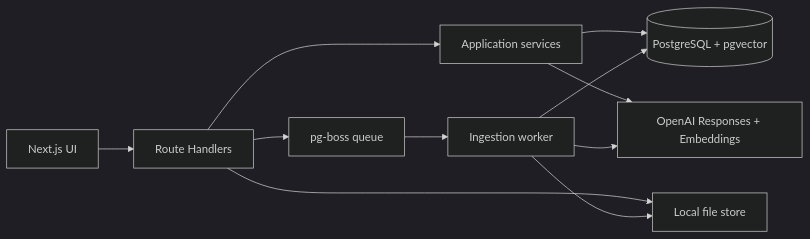
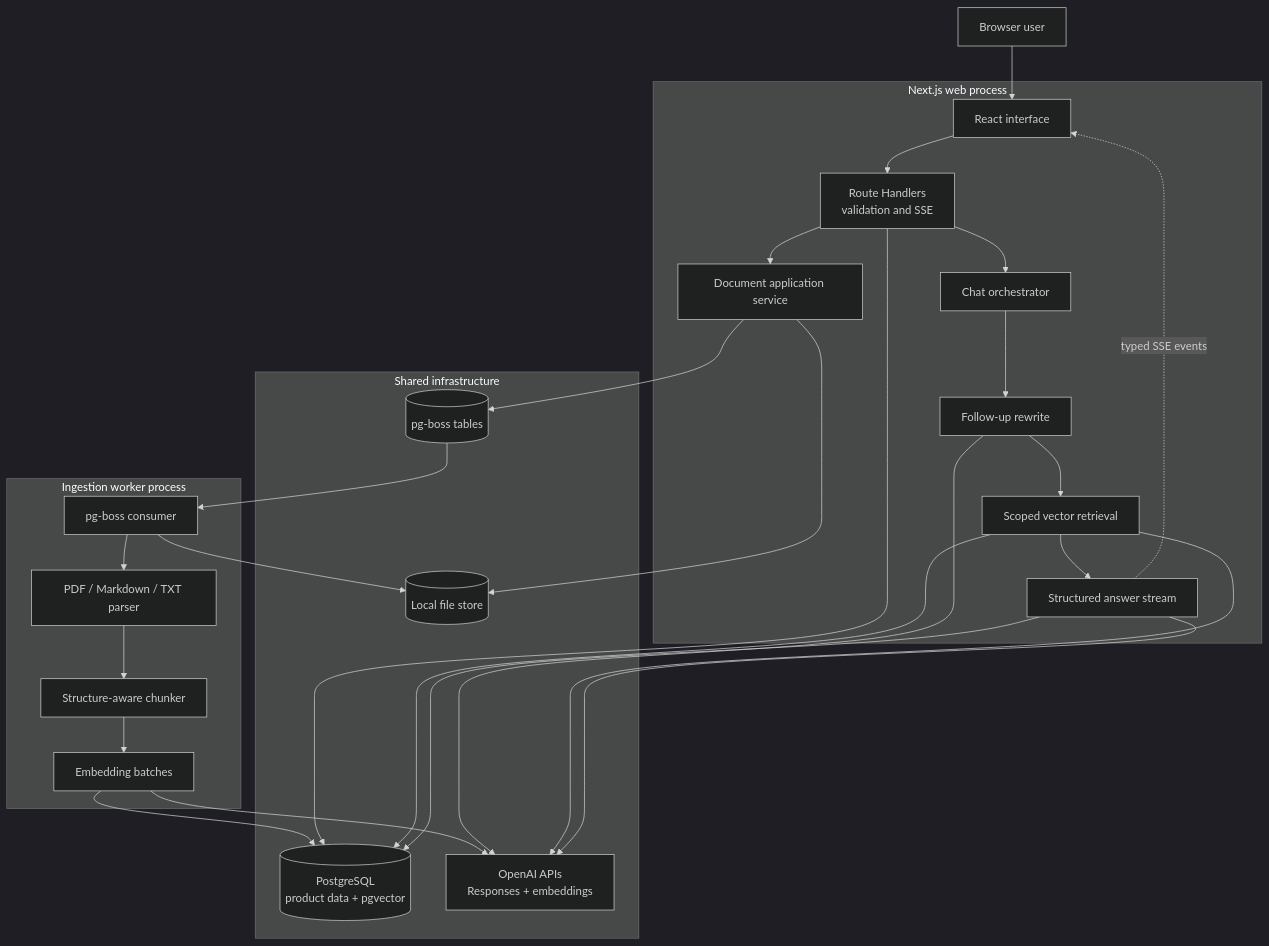
The diagram in README.md (philippOkie/chat-with-your-docs), drawn with Mermaid (dark theme) before and after one commit. The commit also changed other lines of this file and 2 other files, not shown here.

Commit message:
document system architecture

````diff
--- a/README.md
+++ b/README.md
@@ -92,13 +92,50 @@
 ```mermaid
-flowchart LR
-    UI[Next.js UI] --> HTTP[Route Handlers]
-    HTTP --> APP[Application services]
-    APP --> PG[(PostgreSQL + pgvector)]
-    APP --> OAI[OpenAI Responses + Embeddings]
-    HTTP --> FS[Local file store]
-    HTTP --> Q[pg-boss queue]
-    Q --> WORKER[Ingestion worker]
-    WORKER --> FS
-    WORKER --> OAI
-    WORKER --> PG
+flowchart TB
+    USER[Browser user]
+
+    subgraph WEB[Next.js web process]
+        UI[React interface]
+        HTTP[Route Handlers<br/>validation and SSE]
+        DOCS[Document application service]
+        CHAT[Chat orchestrator]
+        REWRITE[Follow-up rewrite]
+        RETRIEVE[Scoped vector retrieval]
+        ANSWER[Structured answer stream]
+
+        UI --> HTTP
+        HTTP --> DOCS
+        HTTP --> CHAT
+        CHAT --> REWRITE --> RETRIEVE --> ANSWER
+    end
+
+    subgraph WORKER[Ingestion worker process]
+        JOB[pg-boss consumer]
+        PARSE[PDF / Markdown / TXT parser]
+        CHUNK[Structure-aware chunker]
+        EMBED[Embedding batches]
+
+        JOB --> PARSE --> CHUNK --> EMBED
+    end
+
+    subgraph INFRA[Shared infrastructure]
+        DB[(PostgreSQL<br/>product data + pgvector)]
+        QUEUE[(pg-boss tables)]
+        FILES[(Local file store)]
+        OPENAI[OpenAI APIs<br/>Responses + embeddings]
+    end
+
+    USER --> UI
+    DOCS --> FILES
+    DOCS --> QUEUE
+    QUEUE --> JOB
+    JOB --> FILES
+    EMBED --> OPENAI
+    EMBED --> DB
+    HTTP --> DB
+    REWRITE --> OPENAI
+    RETRIEVE --> DB
+    RETRIEVE --> OPENAI
+    ANSWER --> OPENAI
+    ANSWER --> DB
+    ANSWER -. typed SSE events .-> UI
 ```
````
